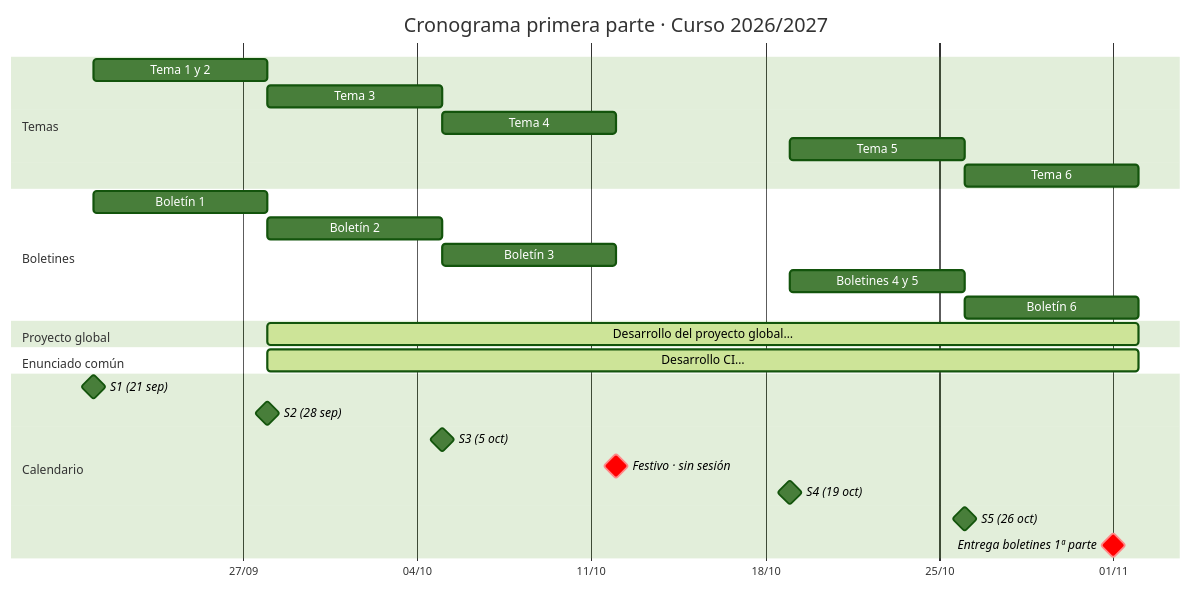
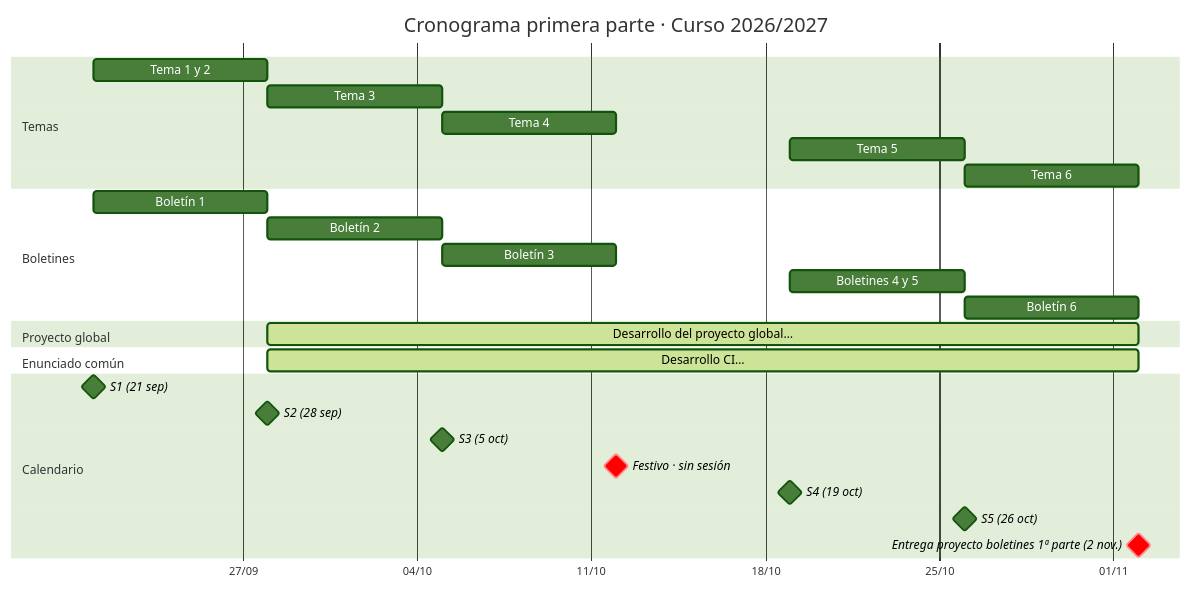
The sixth of 6 diagrams in content/practicas/boletin0-guia-del-curso.md (practicas-continuas-umu/apuntes), drawn with Mermaid (forest theme) before and after one commit. The commit also changed other lines of this file, not shown here.

````diff
--- a/content/practicas/boletin0-guia-del-curso.md
+++ b/content/practicas/boletin0-guia-del-curso.md
@@ -320,35 +326,35 @@
 ```mermaid
 gantt
     title Cronograma primera parte · Curso 2026/2027
     dateFormat YYYY-MM-DD
     axisFormat %d/%m
  
     section Temas
     Tema 1 y 2                 :t12,  2026-09-21, 7d
     Tema 3                     :t3,   2026-09-28, 7d
     Tema 4                     :t4,   2026-10-05, 7d
     Tema 5                     :t5,   2026-10-19, 7d
     Tema 6                     :t6,   2026-10-26, 7d
  
     section Boletines
     Boletín 1                  :b1,   2026-09-21, 7d
     Boletín 2                  :b2,   2026-09-28, 7d
     Boletín 3                  :b3,   2026-10-05, 7d
     Boletines 4 y 5             :b45,  2026-10-19, 7d
     Boletín 6                  :b6,   2026-10-26, 7d
  
     section Proyecto global
     Desarrollo del proyecto global… :active, pg, 2026-09-28, 2026-11-02
  
     section Enunciado común
     Desarrollo CI…             :active, pc, 2026-09-28, 2026-11-02
  
     section Calendario
     S1 (21 sep)                :milestone, m1, 2026-09-21, 0d
     S2 (28 sep)                :milestone, m2, 2026-09-28, 0d
     S3 (5 oct)                 :milestone, m3, 2026-10-05, 0d
     Festivo · sin sesión       :crit, milestone, m0, 2026-10-12, 0d
     S4 (19 oct)                :milestone, m4, 2026-10-19, 0d
     S5 (26 oct)                :milestone, m5, 2026-10-26, 0d
-    Entrega boletines 1ª parte :crit, milestone, meb, 2026-11-01, 0d
+    Entrega proyecto boletines 1ª parte (2 nov.) :crit, milestone, meb, 2026-11-02, 0d
 ```
````
